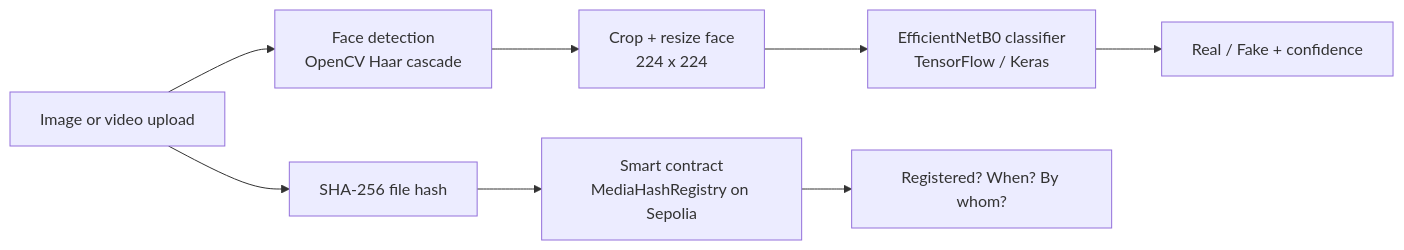
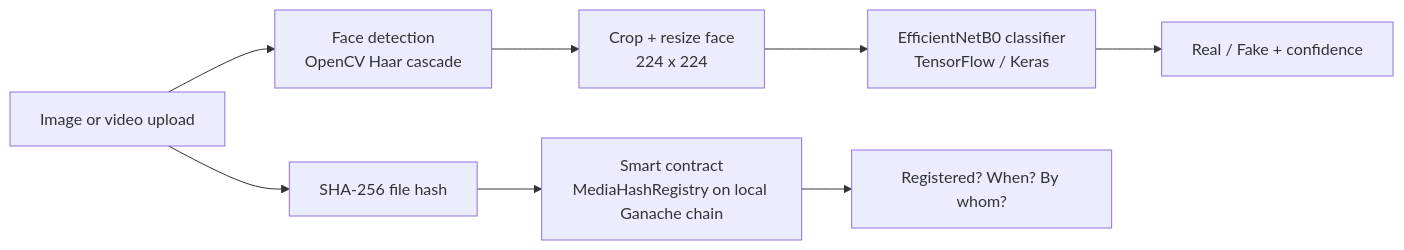
The diagram in README.md (SamsonSiby5827/deepfakeguard), drawn with Mermaid before and after one commit. The commit also changed other lines of this file and 1 other file, not shown here.

Commit message:
Docs: blockchain part was tested on local Ganache

````diff
--- a/README.md
+++ b/README.md
@@ -18,10 +18,10 @@
 ```mermaid
 flowchart LR
     A[Image or video upload] --> B[Face detection<br/>OpenCV Haar cascade]
     B --> C[Crop + resize face<br/>224 x 224]
     C --> D[EfficientNetB0 classifier<br/>TensorFlow / Keras]
     D --> E[Real / Fake + confidence]
     A --> F[SHA-256 file hash]
-    F --> G[Smart contract<br/>MediaHashRegistry on Sepolia]
+    F --> G[Smart contract<br/>MediaHashRegistry on local Ganache chain]
     G --> H[Registered? When? By whom?]
 ```
````
